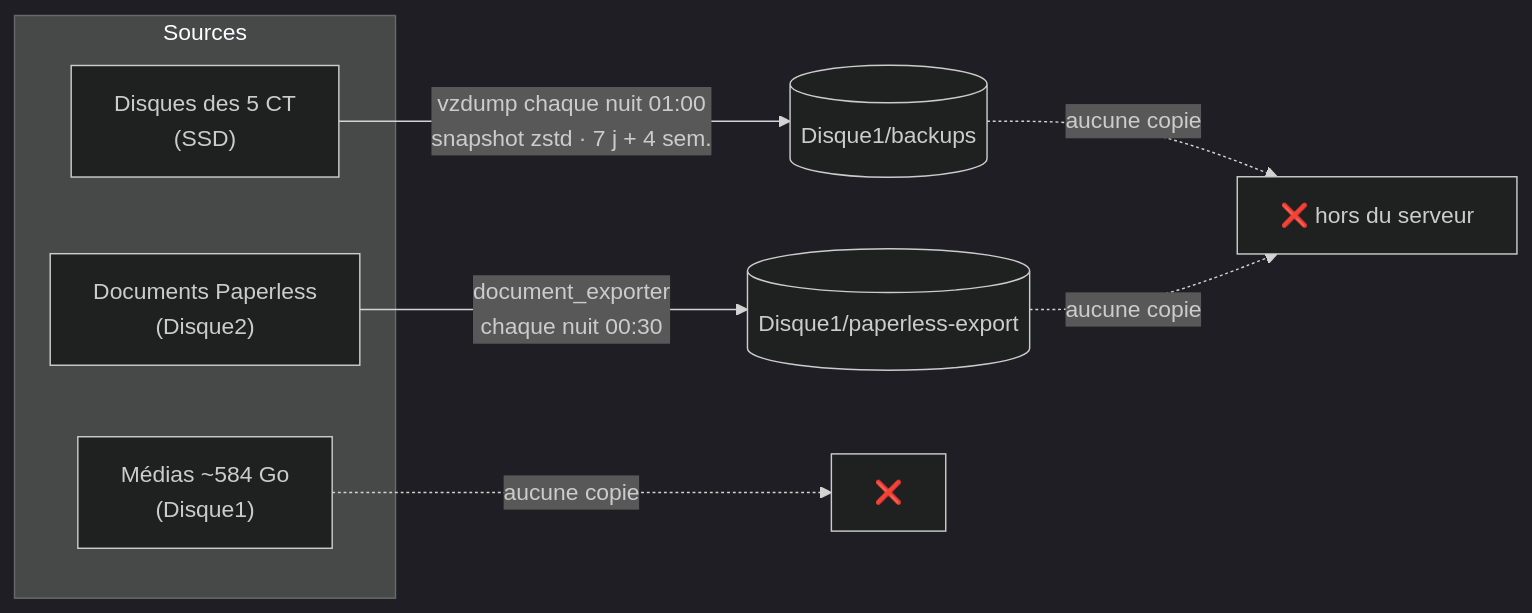
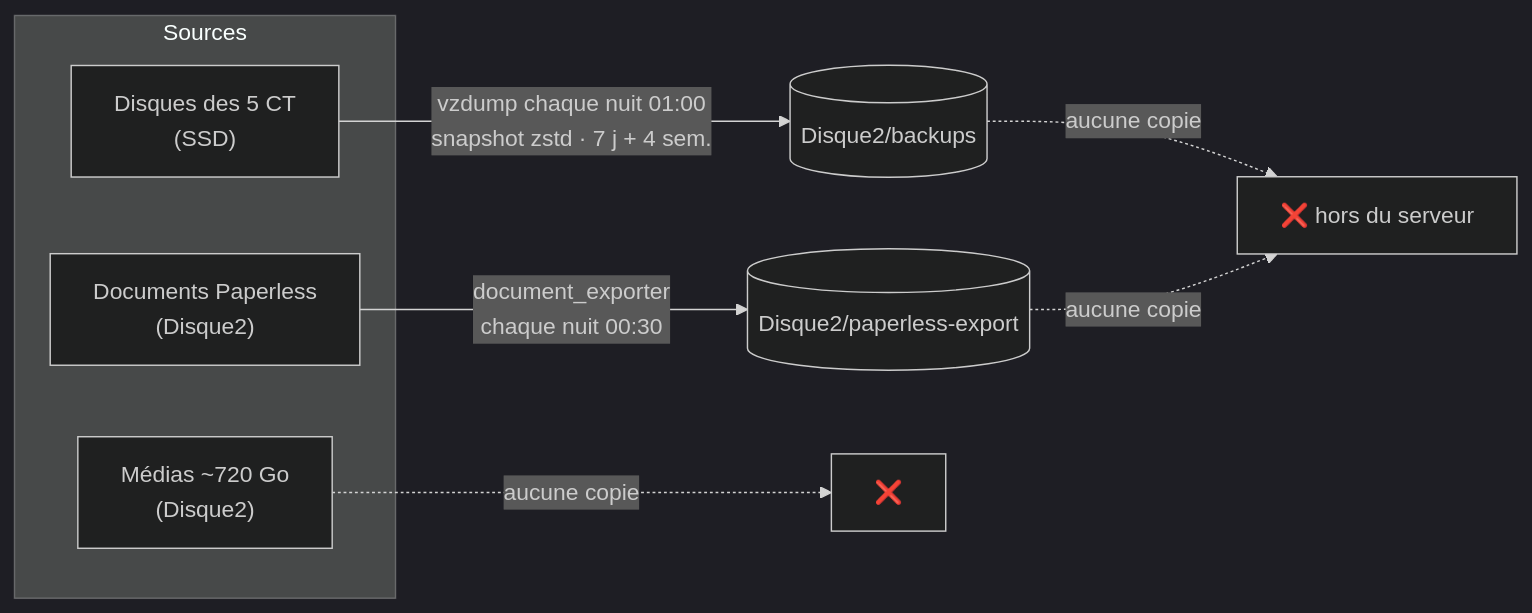
The fourth of 4 diagrams in docs/schemas.md (BksSidAhmed/infra-pve), drawn with Mermaid (dark theme) before and after one commit. The commit also changed other lines of this file and 7 other files, not shown here.

````diff
--- a/docs/schemas.md
+++ b/docs/schemas.md
@@ -112,13 +113,13 @@
 ```mermaid
 flowchart LR
     subgraph src["Sources"]
         cts["Disques des 5 CT<br/>(SSD)"]
         docs["Documents Paperless<br/>(Disque2)"]
-        med["Médias ~584 Go<br/>(Disque1)"]
+        med["Médias ~720 Go<br/>(Disque2)"]
     end
-    cts -->|"vzdump chaque nuit 01:00<br/>snapshot zstd · 7 j + 4 sem."| bk[("Disque1/backups")]
-    docs -->|"document_exporter<br/>chaque nuit 00:30"| pexp[("Disque1/paperless-export")]
+    cts -->|"vzdump chaque nuit 01:00<br/>snapshot zstd · 7 j + 4 sem."| bk[("Disque2/backups")]
+    docs -->|"document_exporter<br/>chaque nuit 00:30"| pexp[("Disque2/paperless-export")]
     med -.->|aucune copie| rien["❌"]
     bk -.->|aucune copie| off["❌ hors du serveur"]
     pexp -.->|aucune copie| off
 ```
````
